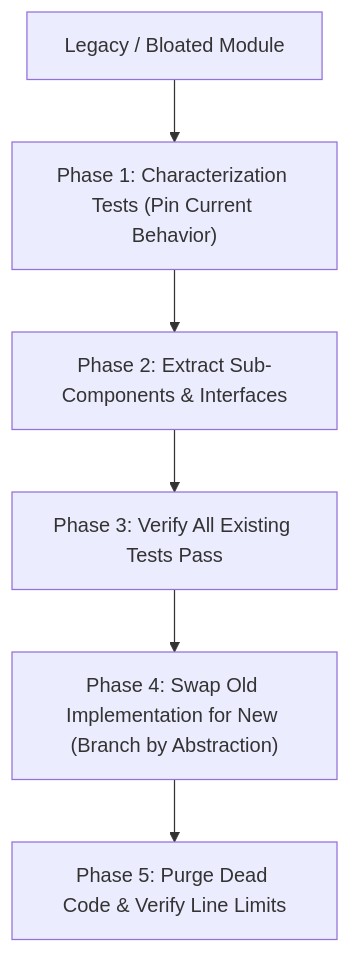
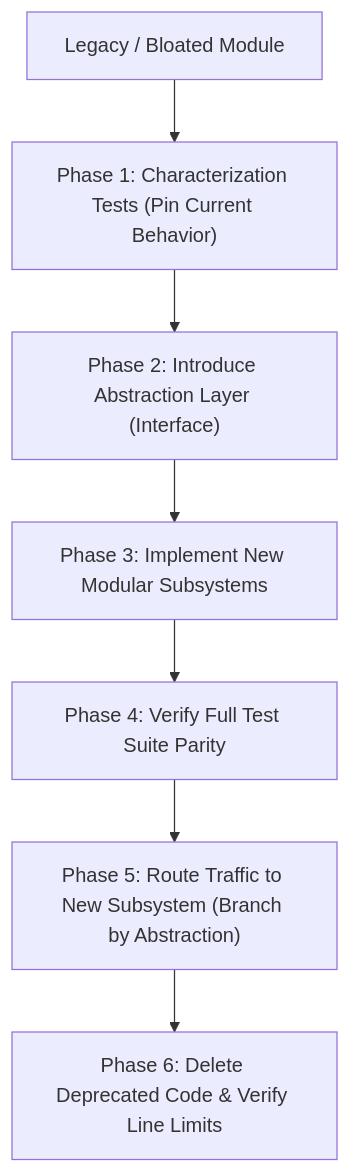
The first of 2 diagrams in skills/refactor/SKILL.md (darknecrocities/SkillBuilder), drawn with Mermaid before and after one commit. The commit also changed other lines of this file and 3 other files, not shown here.

````diff
--- a/skills/refactor/SKILL.md
+++ b/skills/refactor/SKILL.md
@@ -16,8 +16,9 @@
 ```mermaid
 flowchart TD
     A["Legacy / Bloated Module"] --> B["Phase 1: Characterization Tests (Pin Current Behavior)"]
-    B --> C["Phase 2: Extract Sub-Components & Interfaces"]
-    C --> D["Phase 3: Verify All Existing Tests Pass"]
-    D --> E["Phase 4: Swap Old Implementation for New (Branch by Abstraction)"]
-    E --> F["Phase 5: Purge Dead Code & Verify Line Limits"]
+    B --> C["Phase 2: Introduce Abstraction Layer (Interface)"]
+    C --> D["Phase 3: Implement New Modular Subsystems"]
+    D --> E["Phase 4: Verify Full Test Suite Parity"]
+    E --> F["Phase 5: Route Traffic to New Subsystem (Branch by Abstraction)"]
+    F --> G["Phase 6: Delete Deprecated Code & Verify Line Limits"]
 ```
````
